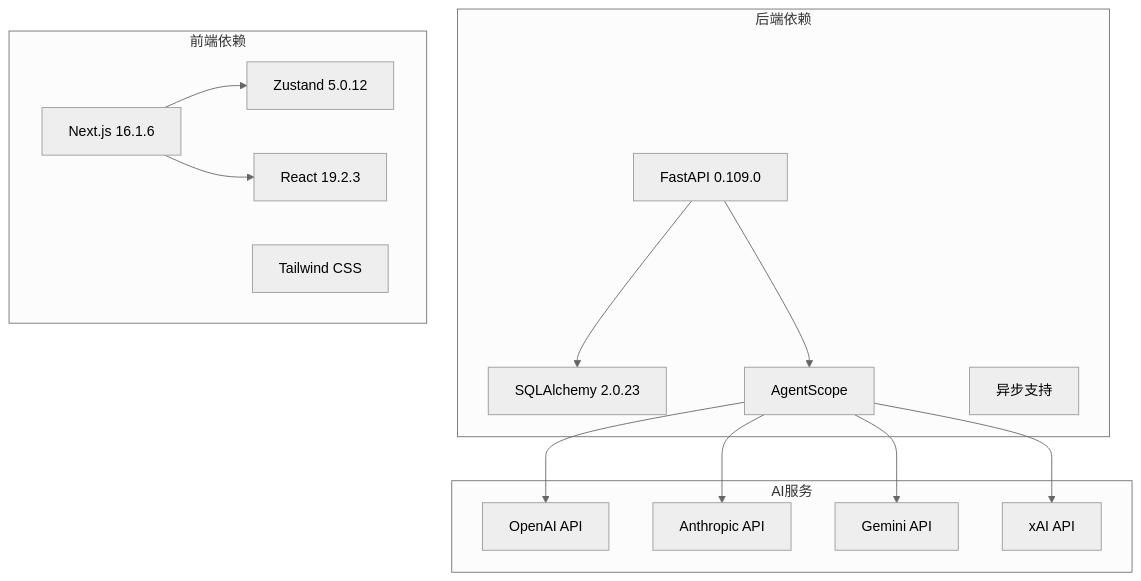
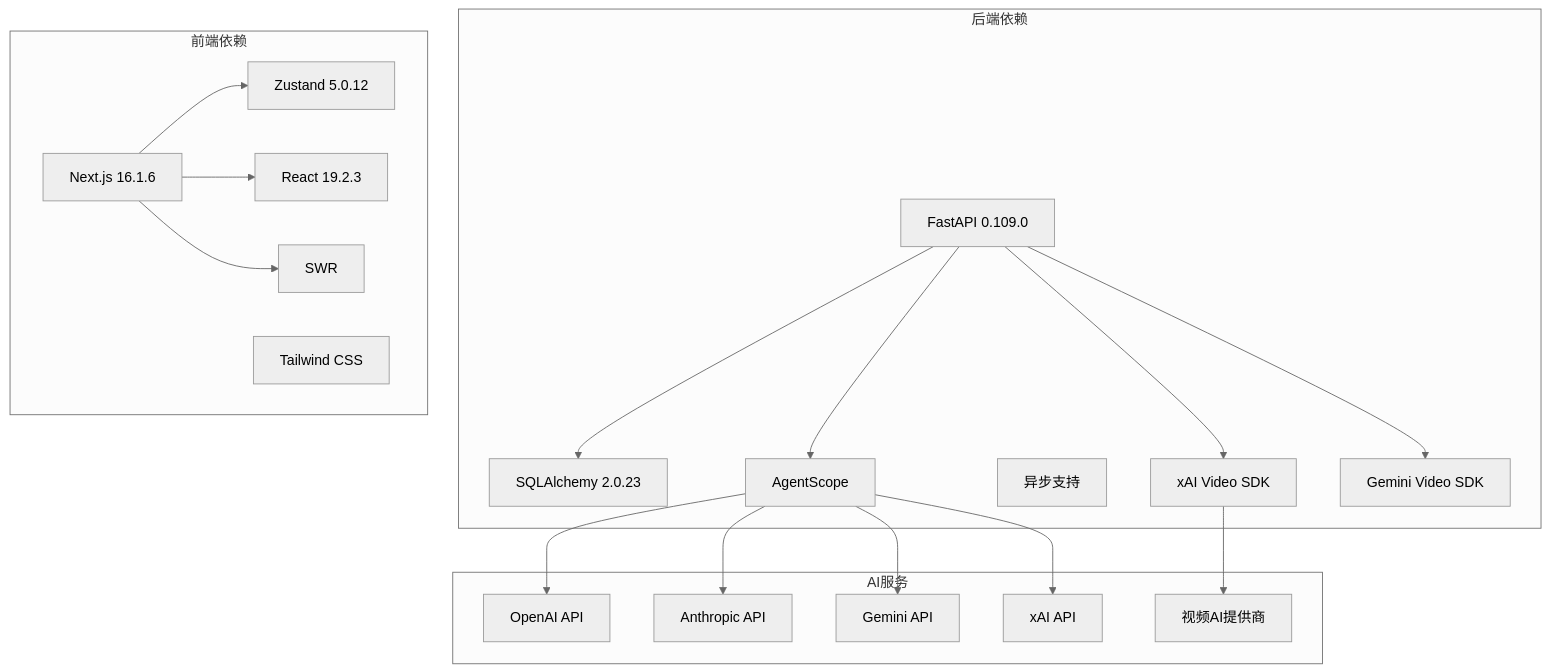
Before and after one commit to KunLabAI/KunFlix: diagram 14 of 15 in .qoder/repowiki/zh/content/前端应用架构/状态管理/Zustand Store 设计/增强的AI助手存储.md, drawn with Mermaid (neutral theme). The commit also changed other lines of this file and 29 other files, not shown here.

````diff
--- a/.qoder/repowiki/zh/content/前端应用架构/状态管理/Zustand Store 设计/增强的AI助手存储.md
+++ b/.qoder/repowiki/zh/content/前端应用架构/状态管理/Zustand Store 设计/增强的AI助手存储.md
@@ -375,29 +561,37 @@
 ```mermaid
 graph TB
 subgraph "后端依赖"
 FastAPI[FastAPI 0.109.0]
 SQLAlchemy[SQLAlchemy 2.0.23]
 AgentScope[AgentScope]
 Async[异步支持]
+VideoSDK[xAI Video SDK]
+GeminiSDK[Gemini Video SDK]
 end
 subgraph "前端依赖"
 NextJS[Next.js 16.1.6]
 Zustand[Zustand 5.0.12]
 React[React 19.2.3]
 Tailwind[Tailwind CSS]
+SWR[SWR]
 end
 subgraph "AI服务"
 OpenAI[OpenAI API]
 Anthropic[Anthropic API]
 Gemini[Gemini API]
 XAI[xAI API]
+VideoProviders[视频AI提供商]
 end
 FastAPI --> AgentScope
 FastAPI --> SQLAlchemy
+FastAPI --> VideoSDK
+FastAPI --> GeminiSDK
 NextJS --> Zustand
 NextJS --> React
+NextJS --> SWR
 AgentScope --> OpenAI
 AgentScope --> Anthropic
 AgentScope --> Gemini
 AgentScope --> XAI
+VideoSDK --> VideoProviders
 ```
````
